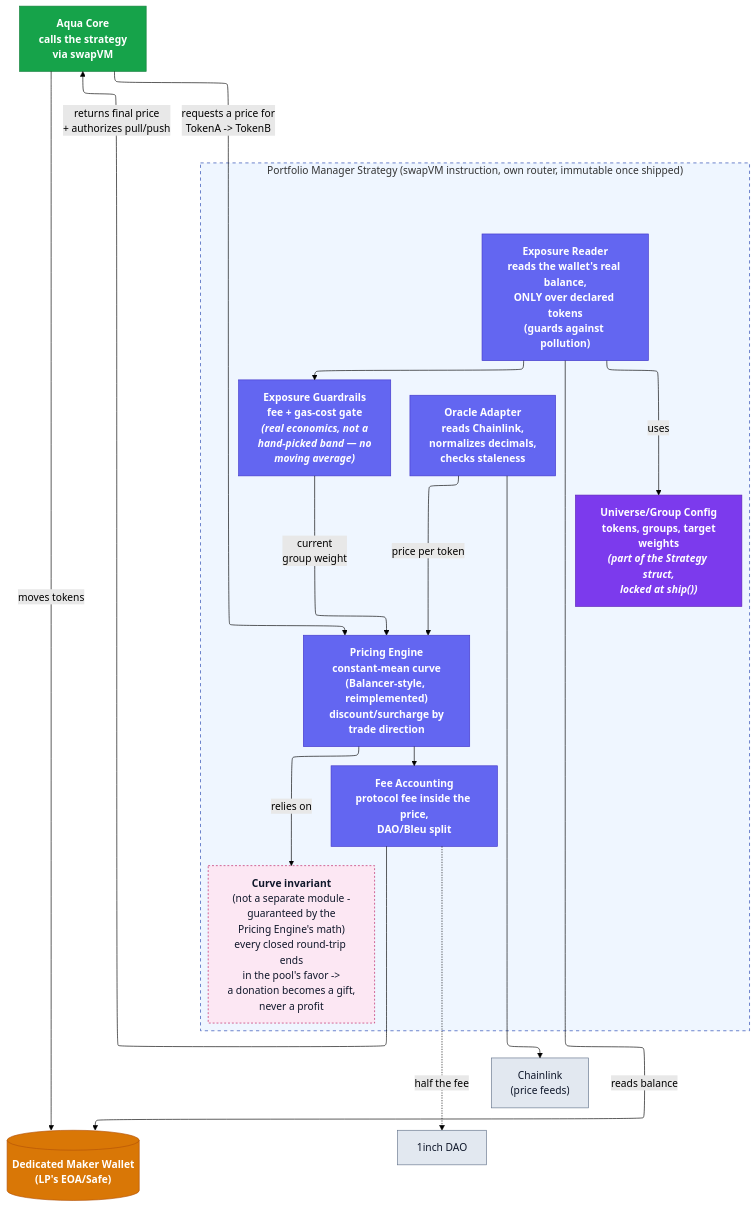
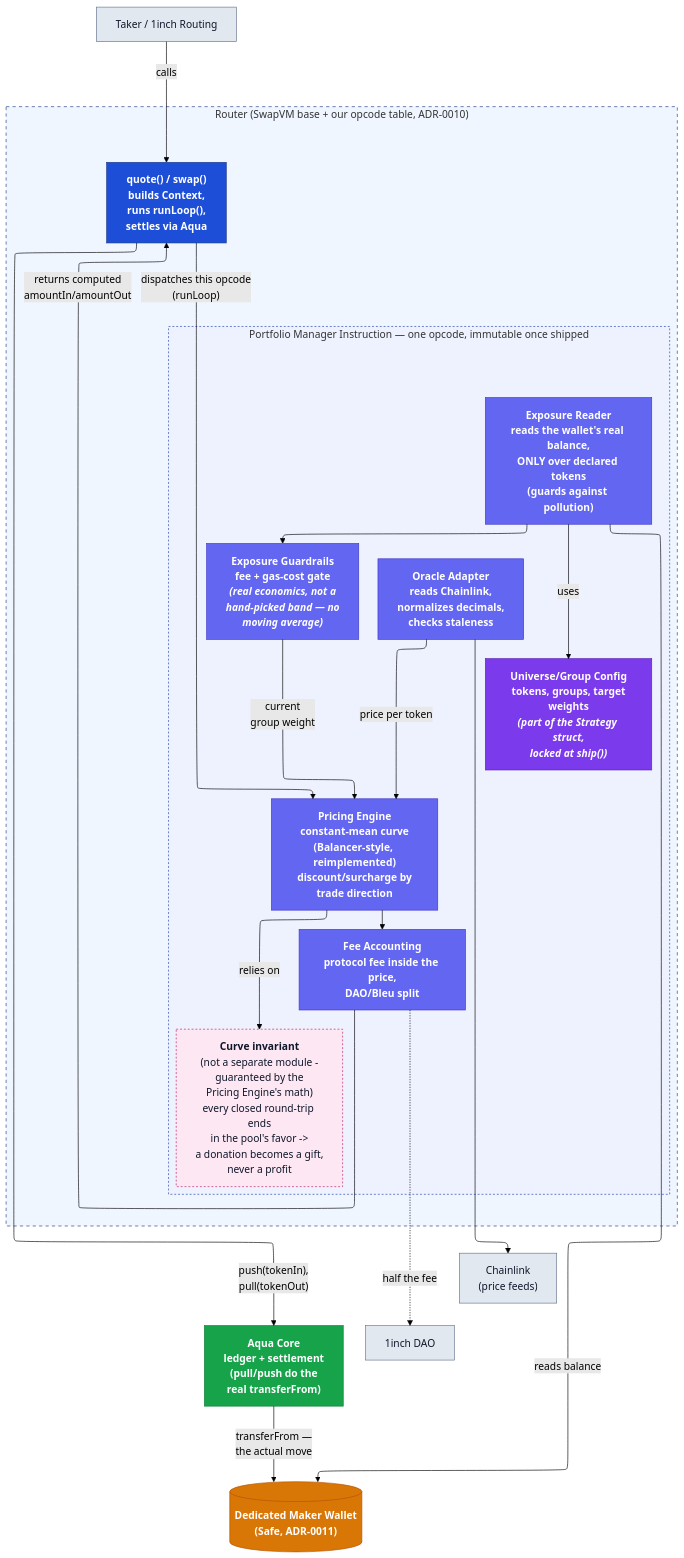
One commit to bleu/aqua-portfolio-manager changed the second of 2 diagrams in docs/ARCHITECTURE.md. Above: the diagram before and after it, drawn with Mermaid (forest theme). The commit also changed other lines of this file and 3 other files, not shown here.

````diff
--- a/docs/ARCHITECTURE.md
+++ b/docs/ARCHITECTURE.md
@@ -167,54 +194,64 @@
 ```mermaid
 %%{init: {"flowchart": {"defaultRenderer": "elk"}} }%%
 flowchart TD
-    Aqua["<b>Aqua Core</b><br/>calls the strategy<br/>via swapVM"]
-    Wallet[("Dedicated Maker Wallet<br/>(LP's EOA/Safe)")]
+    Taker["Taker / 1inch Routing"]
+    Aqua["<b>Aqua Core</b><br/>ledger + settlement<br/>(pull/push do the<br/>real transferFrom)"]
+    Wallet[("Dedicated Maker Wallet<br/>(Safe, ADR-0011)")]
     Chainlink["Chainlink<br/>(price feeds)"]
 
-    subgraph Strategy["Portfolio Manager Strategy (swapVM instruction, own router, immutable once shipped)"]
-        Config["<b>Universe/Group Config</b><br/>tokens, groups, target<br/>weights<br/><i>(part of the Strategy struct,<br/>locked at ship())</i>"]
+    subgraph RouterBox["Router (SwapVM base + our opcode table, ADR-0010)"]
+        Entrypoints["<b>quote() / swap()</b><br/>builds Context,<br/>runs runLoop(),<br/>settles via Aqua"]
 
-        ExposureReader["<b>Exposure Reader</b><br/>reads the wallet's real balance,<br/>ONLY over declared tokens<br/>(guards against pollution)"]
+        subgraph Strategy["Portfolio Manager Instruction — one opcode, immutable once shipped"]
+            Config["<b>Universe/Group Config</b><br/>tokens, groups, target<br/>weights<br/><i>(part of the Strategy struct,<br/>locked at ship())</i>"]
 
-        Smoothing["<b>Exposure Guardrails</b><br/>fee + gas-cost gate<br/><i>(real economics, not a<br/>hand-picked band — no<br/>moving average)</i>"]
+            ExposureReader["<b>Exposure Reader</b><br/>reads the wallet's real balance,<br/>ONLY over declared tokens<br/>(guards against pollution)"]
 
-        OracleAdapter["<b>Oracle Adapter</b><br/>reads Chainlink,<br/>normalizes decimals,<br/>checks staleness"]
+            Smoothing["<b>Exposure Guardrails</b><br/>fee + gas-cost gate<br/><i>(real economics, not a<br/>hand-picked band — no<br/>moving average)</i>"]
 
-        PricingEngine["<b>Pricing Engine</b><br/>constant-mean curve<br/>(Balancer-style, reimplemented)<br/>discount/surcharge by<br/>trade direction"]
+            OracleAdapter["<b>Oracle Adapter</b><br/>reads Chainlink,<br/>normalizes decimals,<br/>checks staleness"]
 
-        FeeAccounting["<b>Fee Accounting</b><br/>protocol fee inside the price,<br/>DAO/Bleu split"]
+            PricingEngine["<b>Pricing Engine</b><br/>constant-mean curve<br/>(Balancer-style, reimplemented)<br/>discount/surcharge by<br/>trade direction"]
 
-        Invariant["<b>Curve invariant</b><br/>(not a separate module -<br/>guaranteed by the<br/>Pricing Engine's math)<br/>every closed round-trip ends<br/>in the pool's favor -><br/>a donation becomes a gift,<br/>never a profit"]
+            FeeAccounting["<b>Fee Accounting</b><br/>protocol fee inside the price,<br/>DAO/Bleu split"]
+
+            Invariant["<b>Curve invariant</b><br/>(not a separate module -<br/>guaranteed by the<br/>Pricing Engine's math)<br/>every closed round-trip ends<br/>in the pool's favor -><br/>a donation becomes a gift,<br/>never a profit"]
+        end
     end
 
     DAO["1inch DAO"]
 
-    Aqua -->|"requests a price for<br/>TokenA -> TokenB"| PricingEngine
+    Taker -->|"calls"| Entrypoints
+    Entrypoints -->|"dispatches this opcode<br/>(runLoop)"| PricingEngine
     ExposureReader -->|"reads balance"| Wallet
     ExposureReader -->|"uses"| Config
     ExposureReader --> Smoothing
     Smoothing -->|"current<br/>group weight"| PricingEngine
     OracleAdapter --> Chainlink
     OracleAdapter -->|"price per token"| PricingEngine
     PricingEngine -->|"relies on"| Invariant
     PricingEngine --> FeeAccounting
-    FeeAccounting -->|"returns final price<br/>+ authorizes pull/push"| Aqua
-    Aqua -->|"moves tokens"| Wallet
+    FeeAccounting -->|"returns computed<br/>amountIn/amountOut"| Entrypoints
+    Entrypoints -->|"push(tokenIn),<br/>pull(tokenOut)"| Aqua
+    Aqua -->|"transferFrom —<br/>the actual move"| Wallet
     FeeAccounting -.->|"half the fee"| DAO
 
     classDef aqua fill:#16a34a,stroke:#15803d,color:#ffffff,font-weight:bold
     classDef wallet fill:#d97706,stroke:#b45309,color:#ffffff,font-weight:bold
     classDef external fill:#e2e8f0,stroke:#64748b,color:#0f172a
     classDef config fill:#7c3aed,stroke:#5b21b6,color:#ffffff,font-weight:bold
     classDef logic fill:#6366f1,stroke:#4338ca,color:#ffffff,font-weight:bold
     classDef invariant fill:#fce7f3,stroke:#be185d,color:#0f172a,stroke-dasharray: 3 3
+    classDef router fill:#1d4ed8,stroke:#1e3a8a,color:#ffffff,font-weight:bold
 
     class Aqua aqua
     class Wallet wallet
-    class Chainlink,DAO external
+    class Chainlink,DAO,Taker external
     class Config config
     class ExposureReader,Smoothing,OracleAdapter,PricingEngine,FeeAccounting logic
     class Invariant invariant
+    class Entrypoints router
 
-    style Strategy fill:#eff6ff,stroke:#1e40af,stroke-dasharray: 5 5
+    style RouterBox fill:#eff6ff,stroke:#1e3a8a,stroke-dasharray: 5 5
+    style Strategy fill:#eef2ff,stroke:#1e40af,stroke-dasharray: 3 3
 ```
````
